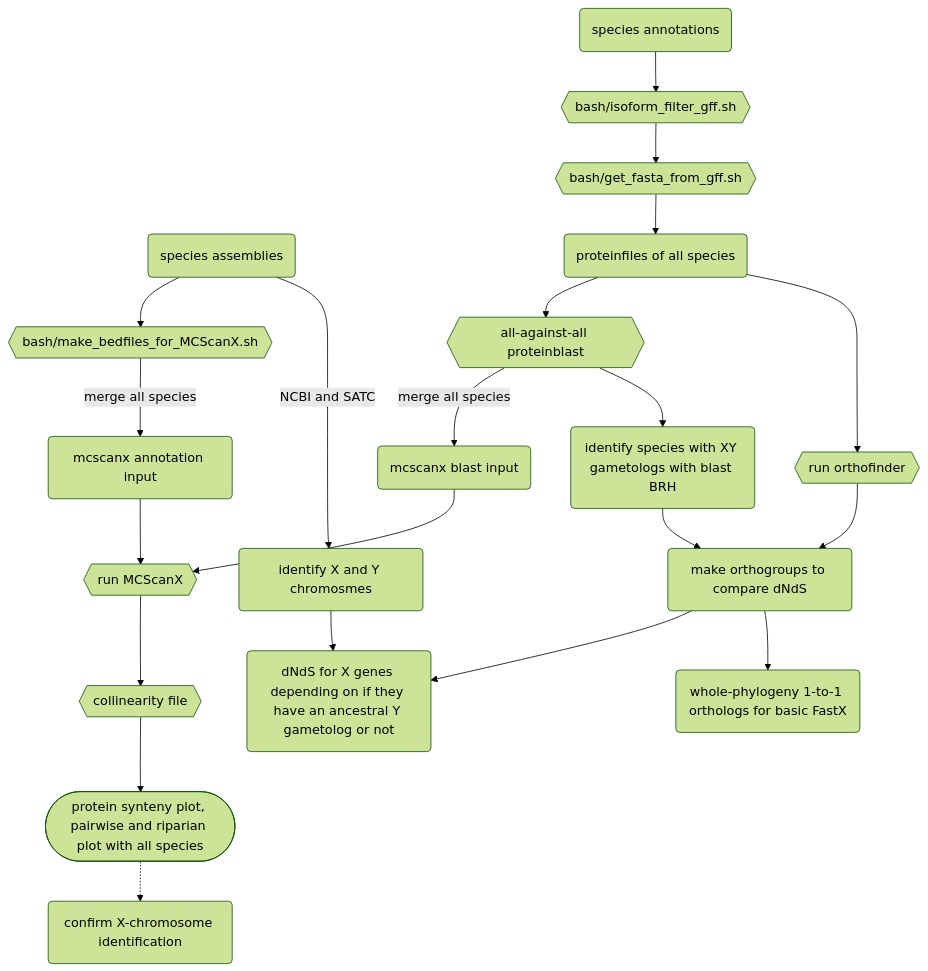
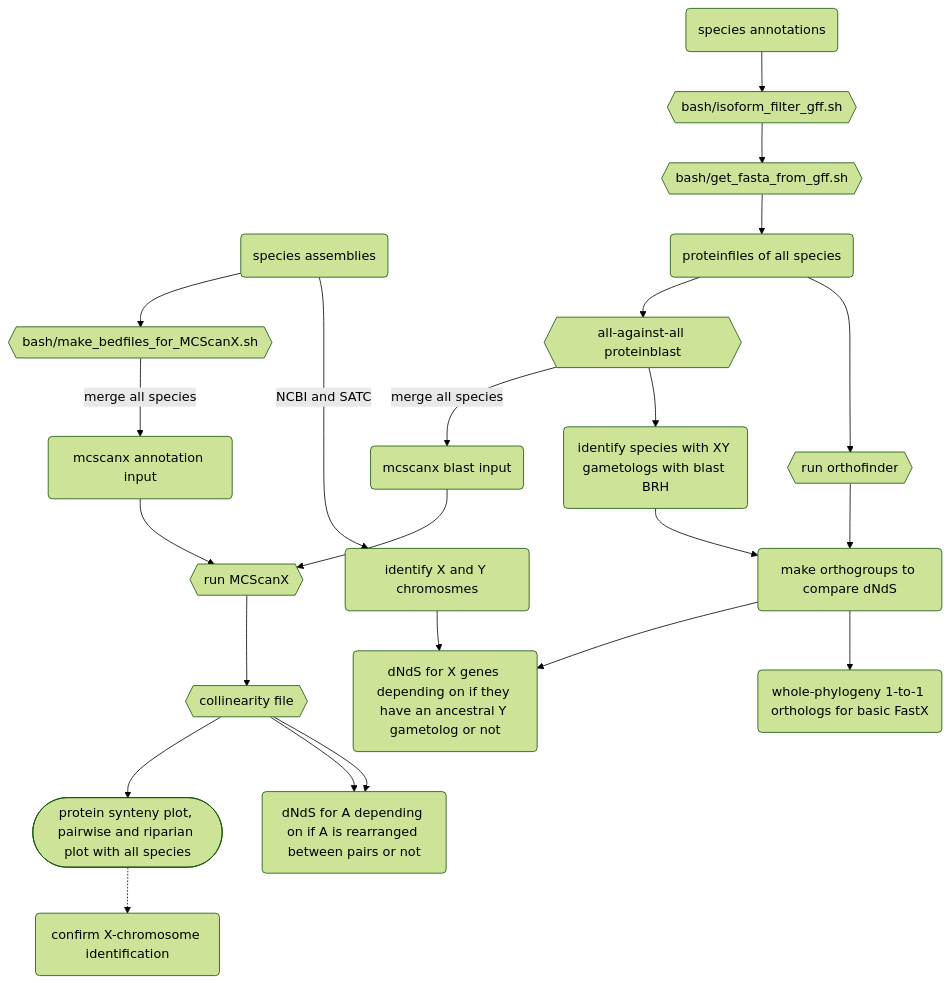
Before and after one commit to milena-t/PhD_chapter3: the diagram in README.md, drawn with Mermaid (forest theme).

Commit message:
more mermaid

````diff
--- a/README.md
+++ b/README.md
@@ -55,30 +55,32 @@
 ```mermaid
 graph TD;
     species_Ass(species assemblies);
     species_Ass --> simplified_bed{{bash/make_bedfiles_for_MCScanX.sh}};
     simplified_bed -- merge all species --> mcscanx_bed(mcscanx annotation input);
     
     species_Ann(species annotations);
     species_Ann --> is_filter{{bash/isoform_filter_gff.sh}};
     is_filter --> get_prot{{bash/get_fasta_from_gff.sh}};
     get_prot --> protfiles(proteinfiles of all species);
     protfiles --> blast{{all-against-all proteinblast}};
     blast -- merge all species --> mcscanx_blast(mcscanx blast input);
 
     mcscanx_bed --> run_mcscanx{{run MCScanX}};
     mcscanx_blast --> run_mcscanx
     run_mcscanx --> mcscanx_out{{collinearity file}}
     mcscanx_out --> mcscanx_plot([protein synteny plot, pairwise and riparian plot with all species])
     mcscanx_plot .-> conf_X(confirm X-chromosome identification)
 
     species_Ass -- NCBI and SATC --> XY_chr(identify X and Y chromosmes);
     protfiles --> orthofinder{{run orthofinder}};
     
     blast --> XY_paralogs(identify species with XY gametologs with blast BRH);
     XY_paralogs --> dNdS_groups(make orthogroups to compare dNdS);
-    orthofinder --> dNdS_groups
+    orthofinder --> dNdS_groups;
 
     dNdS_groups --> gametologs(dNdS for X genes depending on if they have an ancestral Y gametolog or not);
     XY_chr --> gametologs
     dNdS_groups --> basicFastX(whole-phylogeny 1-to-1 orthologs for basic FastX);
+    mcscanx_out --> rearrangeA(dNdS for A depending on if A is rearranged between pairs or not)
+    mcscanx_out --> rearrangeA
 ```   
````
